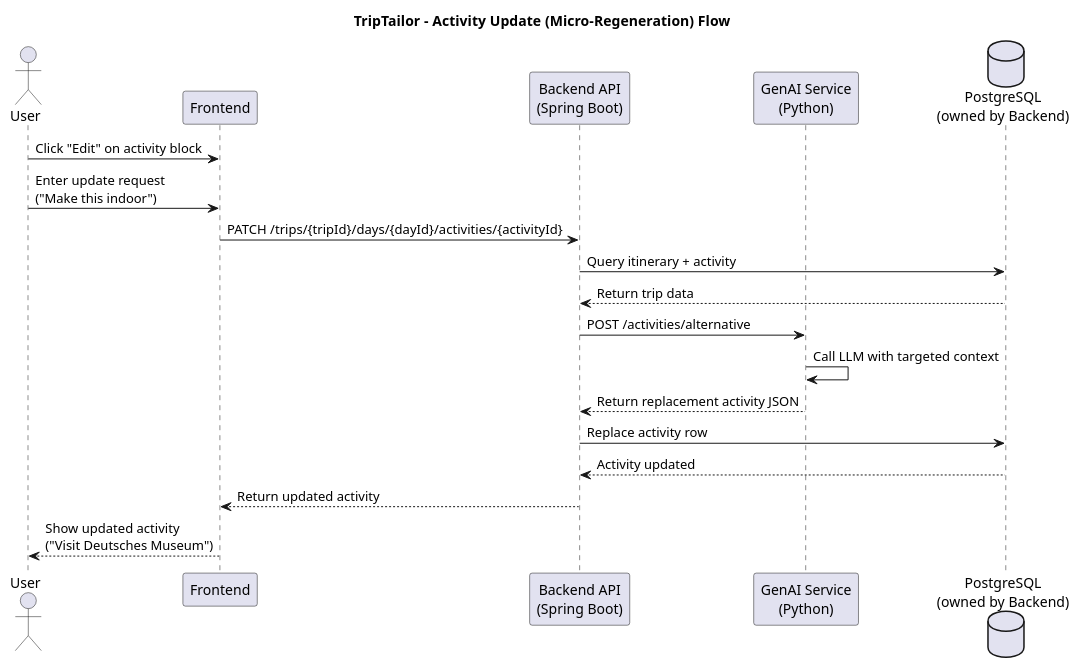
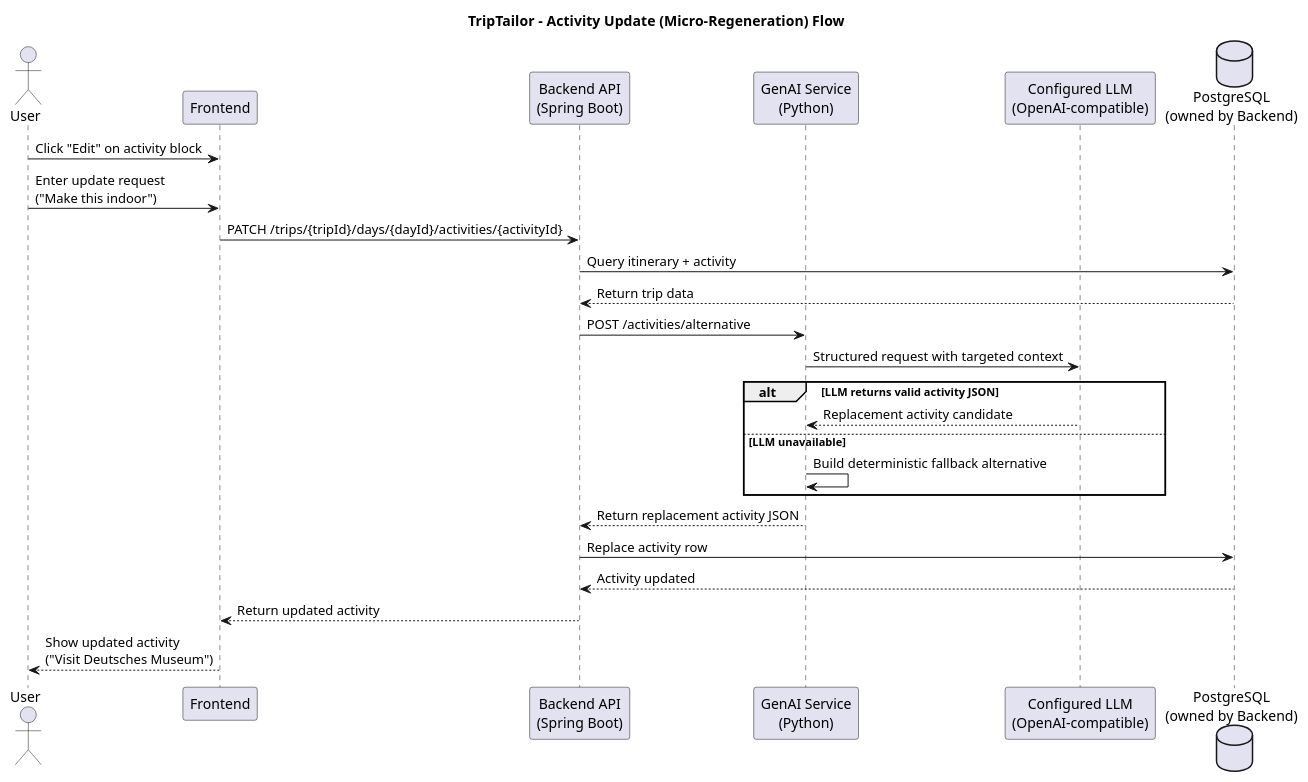
The diagram in diagrams/update-flow-diagram.puml (AET-DevOps26/team-continuous-vacation), drawn with PlantUML before and after one commit. The commit also changed 11 other files, not shown here.

First line of the commit message:
docs: final validation of README, runbook, and architecture models (#61)

```diff
--- a/diagrams/update-flow-diagram.puml
+++ b/diagrams/update-flow-diagram.puml
@@ -1,29 +1,35 @@
-@startuml update-activity-flow
+@startuml update-flow-diagram
 title TripTailor - Activity Update (Micro-Regeneration) Flow
 
 actor User
 participant Frontend
 participant "Backend API\n(Spring Boot)" as API
 participant "GenAI Service\n(Python)" as AI
+participant "Configured LLM\n(OpenAI-compatible)" as LLM
 database "PostgreSQL\n(owned by Backend)" as DB
 
 User -> Frontend : Click "Edit" on activity block
 User -> Frontend : Enter update request\n("Make this indoor")
 
 Frontend -> API : PATCH /trips/{tripId}/days/{dayId}/activities/{activityId}
 
 API -> DB : Query itinerary + activity
 DB --> API : Return trip data
 
 API -> AI : POST /activities/alternative
-AI -> AI : Call LLM with targeted context
+AI -> LLM : Structured request with targeted context
+alt LLM returns valid activity JSON
+  LLM --> AI : Replacement activity candidate
+else LLM unavailable
+  AI -> AI : Build deterministic fallback alternative
+end
 AI --> API : Return replacement activity JSON
 
 API -> DB : Replace activity row
 DB --> API : Activity updated
 
 API --> Frontend : Return updated activity
 
 Frontend --> User : Show updated activity\n("Visit Deutsches Museum")
 
 @enduml
```
